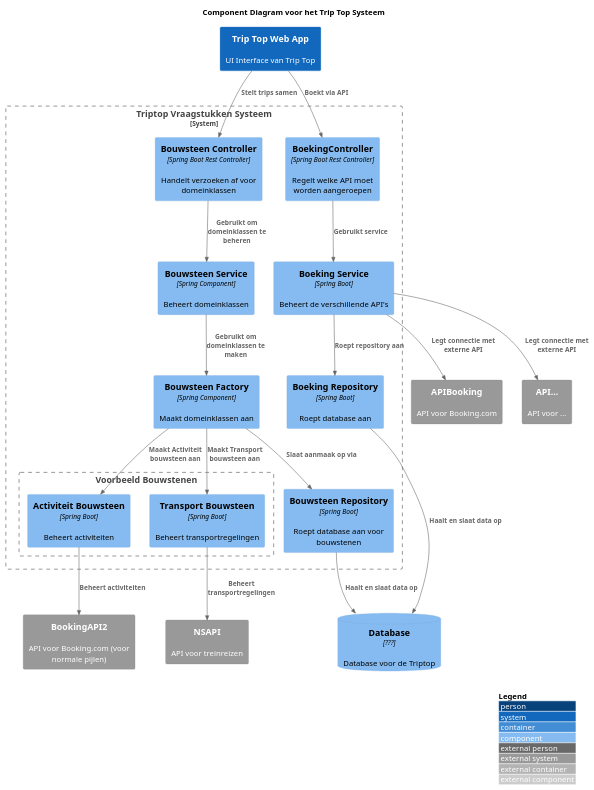
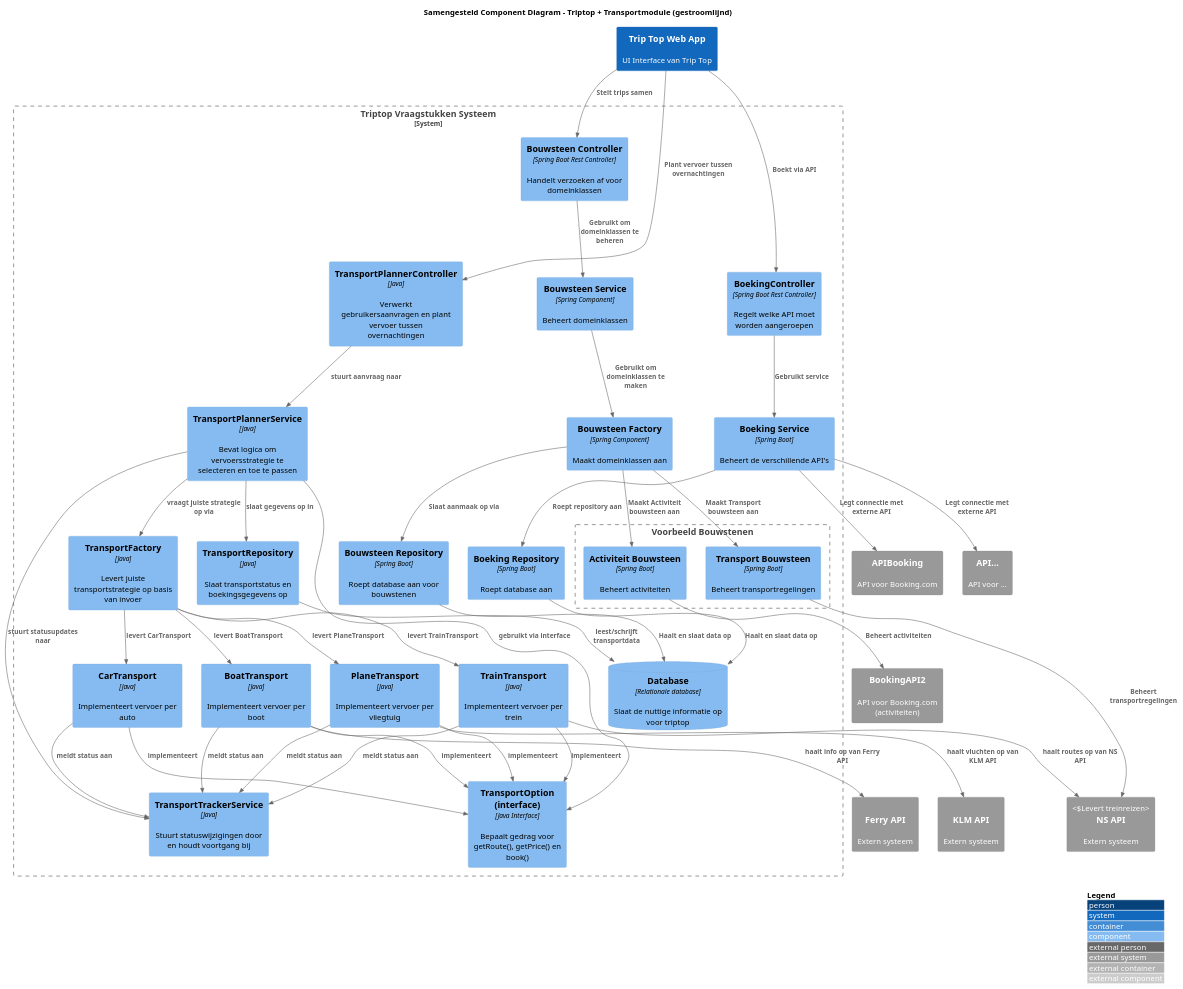
One commit to AIM-ENE-feb25/triptop-sqr-tech changed the diagram in W3/Diagrammen/ComponentD/SamengevoegdeComponentDiagram.puml. Above: the diagram before and after it, drawn with PlantUML. The commit also changed 1 other file, not shown here.

Commit message:
componentdiagram compleet met iedereen erin

```diff
--- a/W3/Diagrammen/ComponentD/SamengevoegdeComponentDiagram.puml
+++ b/W3/Diagrammen/ComponentD/SamengevoegdeComponentDiagram.puml
@@ -1,53 +1,98 @@
 @startuml
 !include https://raw.githubusercontent.com/plantuml-stdlib/C4-PlantUML/master/C4_Component.puml
 LAYOUT_WITH_LEGEND()
 
-title Component Diagram voor het Trip Top Systeem
+title Samengesteld Component Diagram – Triptop + Transportmodule (gestroomlijnd)
 
 System(tts, "Trip Top Web App", "UI Interface van Trip Top")
 
 System_Boundary(triptop, "Triptop Vraagstukken Systeem") {
 
+  ' Controllers en services buiten transport
   Component(bouwsteen_controller, "Bouwsteen Controller", "Spring Boot Rest Controller", "Handelt verzoeken af voor domeinklassen")
   Component(boeking_controller, "BoekingController", "Spring Boot Rest Controller", "Regelt welke API moet worden aangeroepen")
 
   Component(boeking_service, "Boeking Service", "Spring Boot", "Beheert de verschillende API's")
   Component(bouwsteen_service, "Bouwsteen Service", "Spring Component", "Beheert domeinklassen")
   Component(boeking_repo, "Boeking Repository", "Spring Boot", "Roept database aan")
   Component(factory, "Bouwsteen Factory", "Spring Component", "Maakt domeinklassen aan")
   Component(bs_repo, "Bouwsteen Repository", "Spring Boot", "Roept database aan voor bouwstenen")
 
   Boundary(bouwstenen, "Voorbeeld Bouwstenen") {
     Component(bs_activiteit, "Activiteit Bouwsteen", "Spring Boot", "Beheert activiteiten")
     Component(bs_transport, "Transport Bouwsteen", "Spring Boot", "Beheert transportregelingen")
   }
+
+  ' === Transportmodule zonder aparte boundary ===
+  Component(tp_controller, "TransportPlannerController", "Java", "Verwerkt gebruikersaanvragen en plant vervoer tussen overnachtingen")
+  Component(tp_service, "TransportPlannerService", "Java", "Bevat logica om vervoersstrategie te selecteren en toe te passen")
+  Component(tp_factory, "TransportFactory", "Java", "Levert juiste transportstrategie op basis van invoer")
+  Component(tp_interface, "TransportOption (interface)", "Java Interface", "Bepaalt gedrag voor getRoute(), getPrice() en book()")
+
+  Component(tp_car, "CarTransport", "Java", "Implementeert vervoer per auto")
+  Component(tp_train, "TrainTransport", "Java", "Implementeert vervoer per trein")
+  Component(tp_boat, "BoatTransport", "Java", "Implementeert vervoer per boot")
+  Component(tp_plane, "PlaneTransport", "Java", "Implementeert vervoer per vliegtuig")
+
+  Component(tp_repo, "TransportRepository", "Java", "Slaat transportstatus en boekingsgegevens op")
+  Component(tp_tracker, "TransportTrackerService", "Java", "Stuurt statuswijzigingen door en houdt voortgang bij")
+  ComponentDb(tp_db, "Database", "Relationale database", "Slaat de nuttige informatie op voor triptop")
 }
 
-ComponentDb(db, "Database", "???", "Database voor de Triptop")
+' === Externe systemen ===
 System_Ext(api_booking, "APIBooking", "API voor Booking.com")
 System_Ext(api_..., "API...", "API voor ...")
-System_Ext(NS, "NSAPI", "API voor treinreizen")
-System_Ext(BookingAPI2, "BookingAPI2", "API voor Booking.com (voor normale pijlen)")
+System_Ext(NS, "NS API", "Extern systeem", "Levert treinreizen")
+System_Ext(BookingAPI2, "BookingAPI2", "API voor Booking.com (activiteiten)")
+System_Ext(ferryapi, "Ferry API", "Extern systeem", "Boten")
+System_Ext(klmapi, "KLM API", "Extern systeem", "Vluchten")
 
+' === UI interactie ===
 Rel(tts, boeking_controller, "Boekt via API")
 Rel(tts, bouwsteen_controller, "Stelt trips samen")
 
+' === Interne relaties buiten transportmodule ===
+Rel(bouwsteen_controller, bouwsteen_service, "Gebruikt om domeinklassen te beheren")
 Rel(bouwsteen_service, factory, "Gebruikt om domeinklassen te maken")
-Rel(bouwsteen_controller, bouwsteen_service, "Gebruikt om domeinklassen te beheren")
+Rel(factory, bs_repo, "Slaat aanmaak op via")
+Rel(factory, bs_transport, "Maakt Transport bouwsteen aan")
+Rel(factory, bs_activiteit, "Maakt Activiteit bouwsteen aan")
+Rel(bs_repo, tp_db, "Haalt en slaat data op")
 
 Rel(boeking_controller, boeking_service, "Gebruikt service")
 Rel(boeking_service, boeking_repo, "Roept repository aan")
-Rel(boeking_repo, db, "Haalt en slaat data op")
-
+Rel(boeking_repo, tp_db, "Haalt en slaat data op")
 Rel(boeking_service, api_booking, "Legt connectie met externe API")
 Rel(boeking_service, api_..., "Legt connectie met externe API")
-
-Rel(factory, bs_repo, "Slaat aanmaak op via")
-Rel(factory, bs_transport, "Maakt Transport bouwsteen aan")
-Rel(factory, bs_activiteit, "Maakt Activiteit bouwsteen aan")
-
-Rel(bs_repo, db, "Haalt en slaat data op")
 Rel(bs_transport, NS, "Beheert transportregelingen")
 Rel(bs_activiteit, BookingAPI2, "Beheert activiteiten")
 
+' === Transportmodule relaties ===
+Rel(tts, tp_controller, "Plant vervoer tussen overnachtingen")
+Rel(tp_controller, tp_service, "stuurt aanvraag naar")
+Rel(tp_service, tp_factory, "vraagt juiste strategie op via")
+Rel(tp_factory, tp_car, "levert CarTransport")
+Rel(tp_factory, tp_train, "levert TrainTransport")
+Rel(tp_factory, tp_boat, "levert BoatTransport")
+Rel(tp_factory, tp_plane, "levert PlaneTransport")
+
+Rel(tp_car, tp_interface, "implementeert")
+Rel(tp_train, tp_interface, "implementeert")
+Rel(tp_boat, tp_interface, "implementeert")
+Rel(tp_plane, tp_interface, "implementeert")
+Rel(tp_service, tp_interface, "gebruikt via interface")
+
+Rel(tp_service, tp_repo, "slaat gegevens op in")
+Rel(tp_repo, tp_db, "leest/schrijft transportdata")
+Rel(tp_service, tp_tracker, "stuurt statusupdates naar")
+
+Rel(tp_car, tp_tracker, "meldt status aan")
+Rel(tp_train, tp_tracker, "meldt status aan")
+Rel(tp_boat, tp_tracker, "meldt status aan")
+Rel(tp_plane, tp_tracker, "meldt status aan")
+
+Rel(tp_train, NS, "haalt routes op van NS API")
+Rel(tp_boat, ferryapi, "haalt info op van Ferry API")
+Rel(tp_plane, klmapi, "haalt vluchten op van KLM API")
+
 @enduml
```
